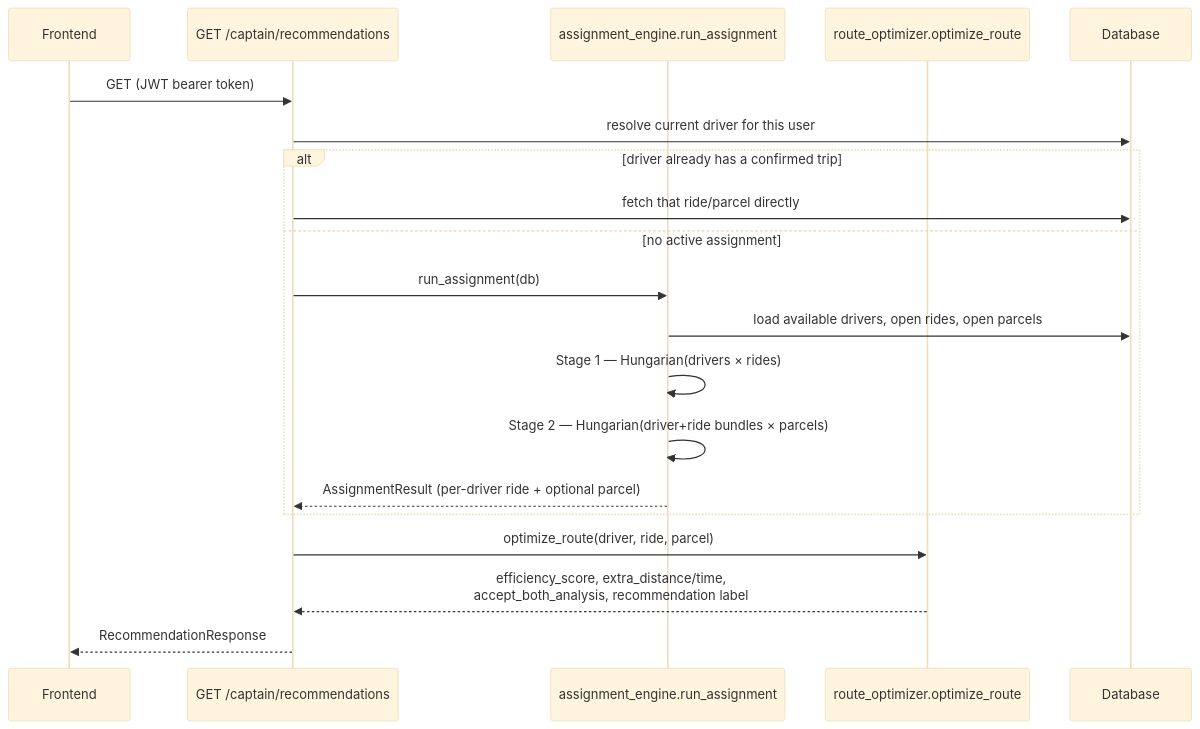
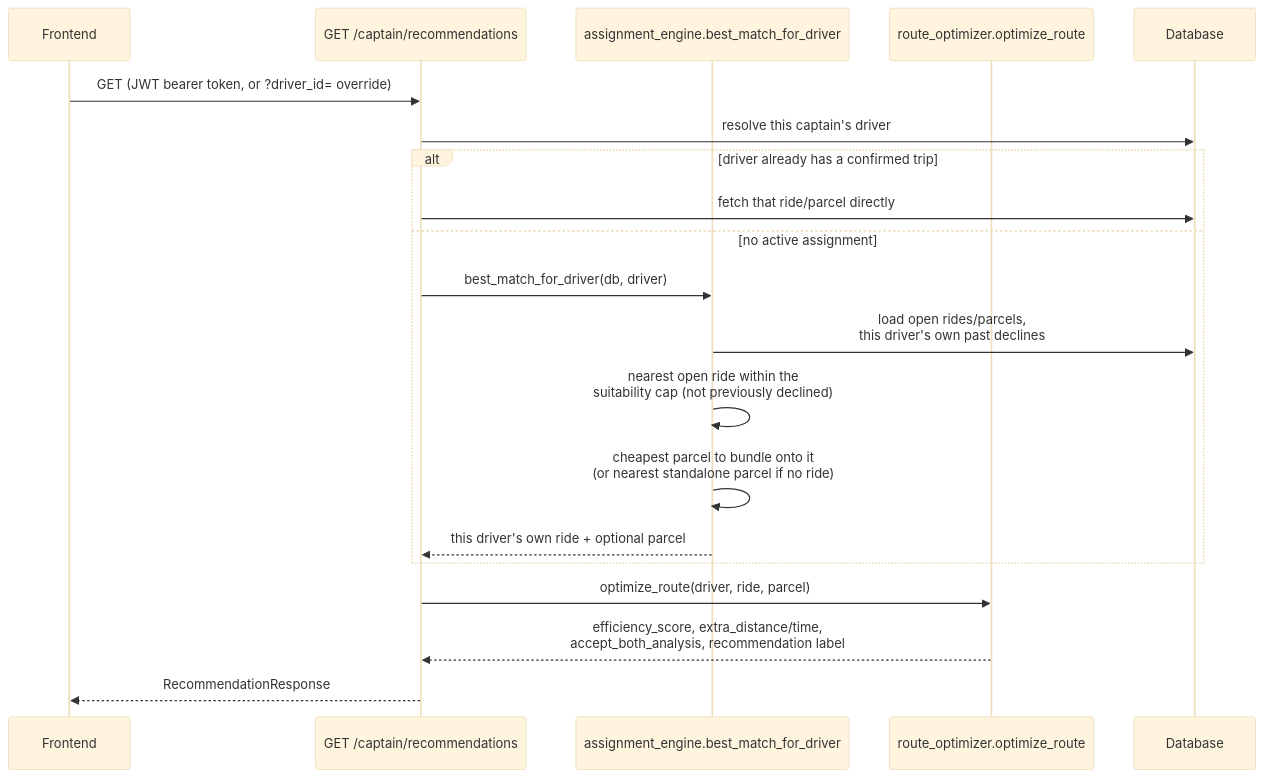
One commit to abhiveeramallu/RouteFusion changed the third of 5 diagrams in README.md. Above: the diagram before and after it, drawn with Mermaid (base theme). The commit also changed other lines of this file and 20 other files, not shown here.

````diff
--- a/README.md
+++ b/README.md
@@ -129,23 +142,23 @@
 ```mermaid
 sequenceDiagram
     participant FE as Frontend
     participant API as GET /captain/recommendations
-    participant Engine as assignment_engine.run_assignment
+    participant BestMatch as assignment_engine.best_match_for_driver
     participant Optimizer as route_optimizer.optimize_route
     participant DB as Database
 
-    FE->>API: GET (JWT bearer token)
-    API->>DB: resolve current driver for this user
+    FE->>API: GET (JWT bearer token, or ?driver_id= override)
+    API->>DB: resolve this captain's driver
     alt driver already has a confirmed trip
         API->>DB: fetch that ride/parcel directly
     else no active assignment
-        API->>Engine: run_assignment(db)
-        Engine->>DB: load available drivers, open rides, open parcels
-        Engine->>Engine: Stage 1 — Hungarian(drivers × rides)
-        Engine->>Engine: Stage 2 — Hungarian(driver+ride bundles × parcels)
-        Engine-->>API: AssignmentResult (per-driver ride + optional parcel)
+        API->>BestMatch: best_match_for_driver(db, driver)
+        BestMatch->>DB: load open rides/parcels,<br/>this driver's own past declines
+        BestMatch->>BestMatch: nearest open ride within the<br/>suitability cap (not previously declined)
+        BestMatch->>BestMatch: cheapest parcel to bundle onto it<br/>(or nearest standalone parcel if no ride)
+        BestMatch-->>API: this driver's own ride + optional parcel
     end
     API->>Optimizer: optimize_route(driver, ride, parcel)
     Optimizer-->>API: efficiency_score, extra_distance/time,<br/>accept_both_analysis, recommendation label
     API-->>FE: RecommendationResponse
 ```
````
